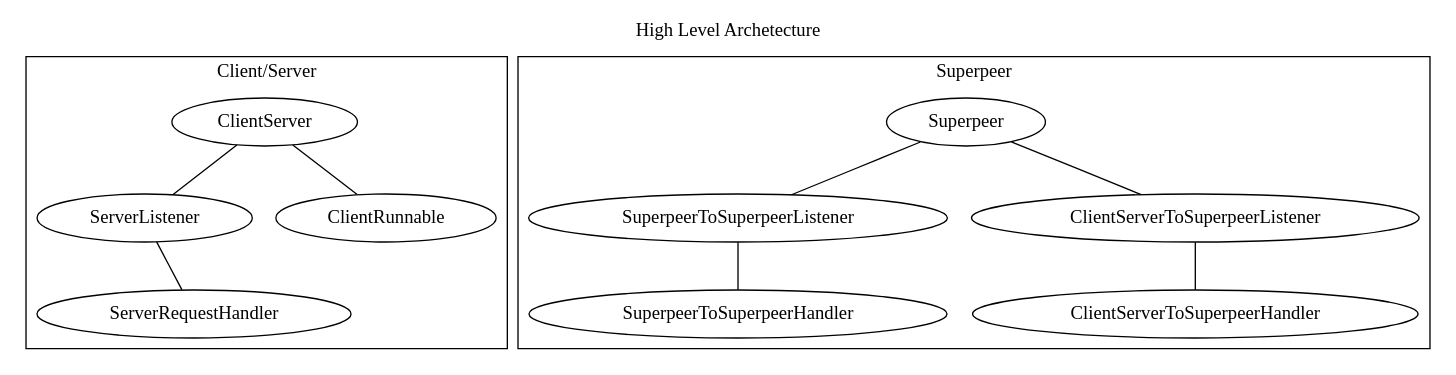
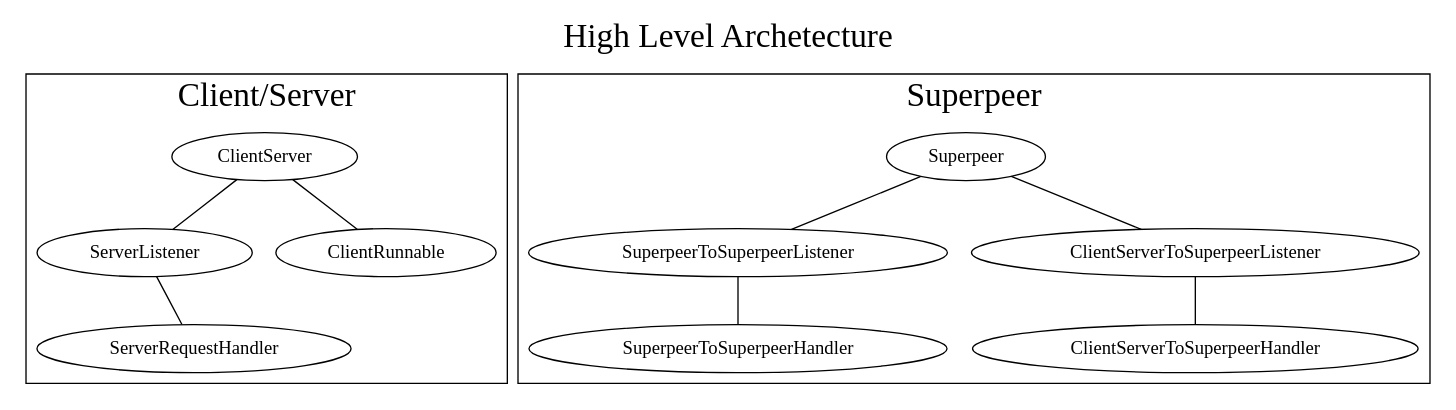
The diagram in diagrams/highLevelArchetecture.dot (drewcforbes/jjdtm-phase2), drawn with Graphviz before and after one commit. The commit also changed 5 other files, not shown here.

Commit message:
Added a simpler dataflow diagram. Updated text sizes for a few other diagrams. Also added renderings for most of the diagrams

```diff
--- a/diagrams/highLevelArchetecture.dot
+++ b/diagrams/highLevelArchetecture.dot
@@ -1,32 +1,33 @@
 graph Archetecture {
     label="High Level Archetecture"
     labelloc=t
+    fontsize=25.0
 
         subgraph cluster_ClientServer {
             label="Client/Server"
             
             cs [label="ClientServer"]
             serverListener [label="ServerListener"]
             serverReqHandler [label="ServerRequestHandler"]
             clientRunnable [label="ClientRunnable"]
 
             cs -- serverListener
             cs -- clientRunnable
             serverListener -- serverReqHandler
         }
 
         subgraph cluster_Superpeer {
             label="Superpeer"
             
             superpeer [label="Superpeer"]
             sp2spListener [label="SuperpeerToSuperpeerListener"]
             cs2spListener [label="ClientServerToSuperpeerListener"]
             sp2spHandler [label="SuperpeerToSuperpeerHandler"]
             cs2spHandler [label="ClientServerToSuperpeerHandler"]
 
             superpeer -- sp2spListener
             superpeer -- cs2spListener
             sp2spListener -- sp2spHandler
             cs2spListener -- cs2spHandler
         }
 }
```
